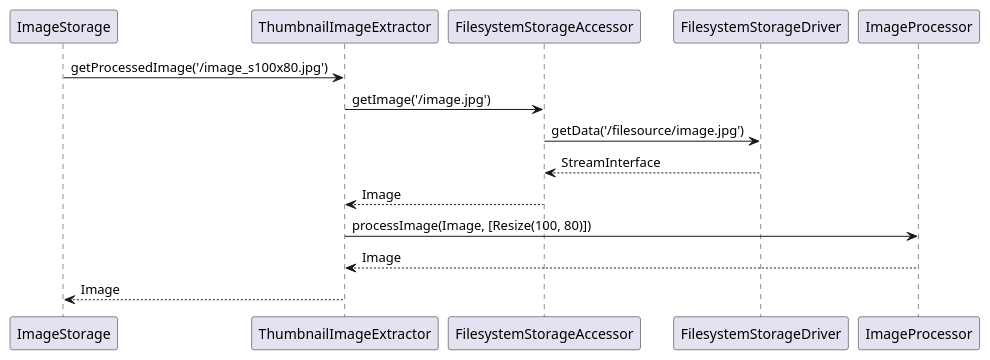
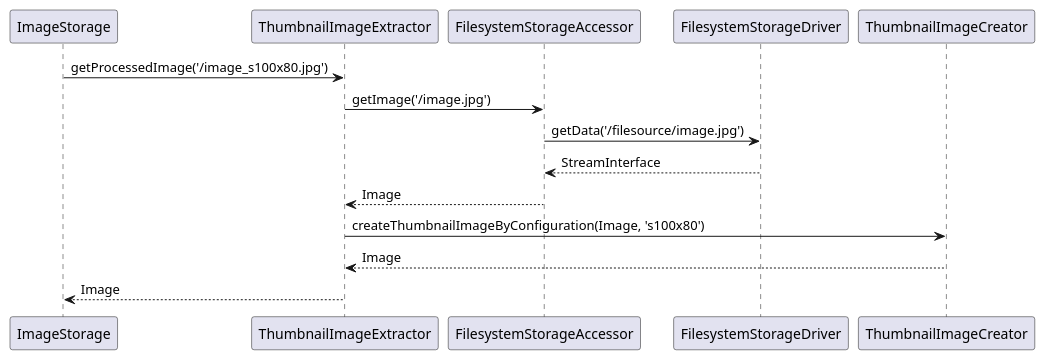
The diagram in docs/uml/thumbnail-extractor-and-filesystem-storage.puml (strider2038/image-cache), drawn with PlantUML before and after one commit.

Commit message:
Thumbnail extraction UML uses ThumbnailImageCreator service

```diff
--- a/docs/uml/thumbnail-extractor-and-filesystem-storage.puml
+++ b/docs/uml/thumbnail-extractor-and-filesystem-storage.puml
@@ -1,12 +1,12 @@
 @startuml
 
 ImageStorage -> ThumbnailImageExtractor: getProcessedImage('/image_s100x80.jpg')
 ThumbnailImageExtractor -> FilesystemStorageAccessor: getImage('/image.jpg')
 FilesystemStorageAccessor -> FilesystemStorageDriver: getData('/filesource/image.jpg')
 FilesystemStorageAccessor <-- FilesystemStorageDriver: StreamInterface
 ThumbnailImageExtractor <-- FilesystemStorageAccessor: Image
-ThumbnailImageExtractor -> ImageProcessor: processImage(Image, [Resize(100, 80)])
-ThumbnailImageExtractor <-- ImageProcessor: Image
+ThumbnailImageExtractor -> ThumbnailImageCreator: createThumbnailImageByConfiguration(Image, 's100x80')
+ThumbnailImageExtractor <-- ThumbnailImageCreator: Image
 ImageStorage <-- ThumbnailImageExtractor: Image
 
 @enduml
```
